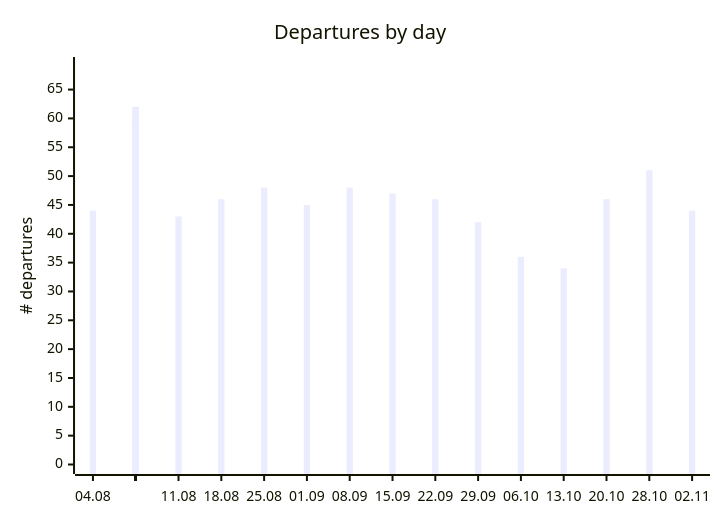
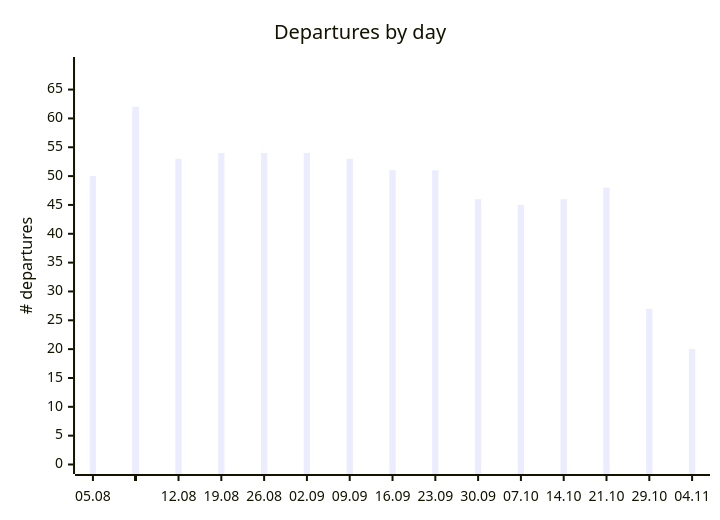
The first of 2 diagrams in README.md (rainermesi/tll-airport-departures), drawn with Mermaid before and after one commit. The commit also changed other lines of this file and 3 other files, not shown here.

````diff
--- a/README.md
+++ b/README.md
@@ -65,12 +65,12 @@
 ```mermaid
 ---
 xyChart:
     xAxis:
       labelFontSize: 8
 ---
 xychart-beta
     title "Departures by day"
-    x-axis ["04.08", " ", " ", " ", " ", " ", " ", "11.08", " ", " ", " ", " ", " ", " ", "18.08", " ", " ", " ", " ", " ", " ", "25.08", " ", " ", " ", " ", " ", " ", "01.09", " ", " ", " ", " ", " ", " ", "08.09", " ", " ", " ", " ", " ", " ", "15.09", " ", " ", " ", " ", " ", " ", "22.09", " ", " ", " ", " ", " ", " ", "29.09", " ", " ", " ", " ", " ", " ", "06.10", " ", " ", " ", " ", " ", " ", "13.10", " ", " ", " ", " ", " ", " ", "20.10", " ", " ", " ", " ", " ", " ", "28.10", " ", " ", " ", " ", "02.11"]
+    x-axis ["05.08", " ", " ", " ", " ", " ", " ", "12.08", " ", " ", " ", " ", " ", " ", "19.08", " ", " ", " ", " ", " ", " ", "26.08", " ", " ", " ", " ", " ", " ", "02.09", " ", " ", " ", " ", " ", " ", "09.09", " ", " ", " ", " ", " ", " ", "16.09", " ", " ", " ", " ", " ", " ", "23.09", " ", " ", " ", " ", " ", " ", "30.09", " ", " ", " ", " ", " ", " ", "07.10", " ", " ", " ", " ", " ", " ", "14.10", " ", " ", " ", " ", " ", " ", "21.10", " ", " ", " ", " ", " ", " ", "29.10", " ", " ", " ", " ", "04.11"]
     y-axis "# departures" 0 --> 69
-    bar [44, 50, 51, 62, 45, 57, 58, 43, 53, 54, 61, 48, 57, 60, 46, 54, 55, 60, 43, 58, 58, 48, 54, 33, 32, 34, 52, 54, 45, 54, 49, 62, 42, 56, 57, 48, 53, 52, 61, 44, 54, 56, 47, 51, 52, 59, 43, 52, 55, 46, 51, 53, 57, 40, 48, 54, 42, 46, 52, 54, 40, 48, 50, 36, 45, 46, 53, 35, 49, 50, 34, 46, 52, 58, 44, 55, 56, 46, 48, 52, 57, 46, 50, 46, 51, 27, 49, 49, 50, 44]
+    bar [50, 51, 62, 45, 57, 58, 43, 53, 54, 61, 48, 57, 60, 46, 54, 55, 60, 43, 58, 58, 48, 54, 33, 32, 34, 52, 54, 45, 54, 49, 62, 42, 56, 57, 48, 53, 52, 61, 44, 54, 56, 47, 51, 52, 59, 43, 52, 55, 46, 51, 53, 57, 40, 48, 54, 42, 46, 52, 54, 40, 48, 50, 36, 45, 46, 53, 35, 49, 50, 34, 46, 52, 58, 44, 55, 56, 46, 48, 52, 57, 46, 50, 46, 51, 27, 49, 49, 50, 44, 20]
 ```
````
